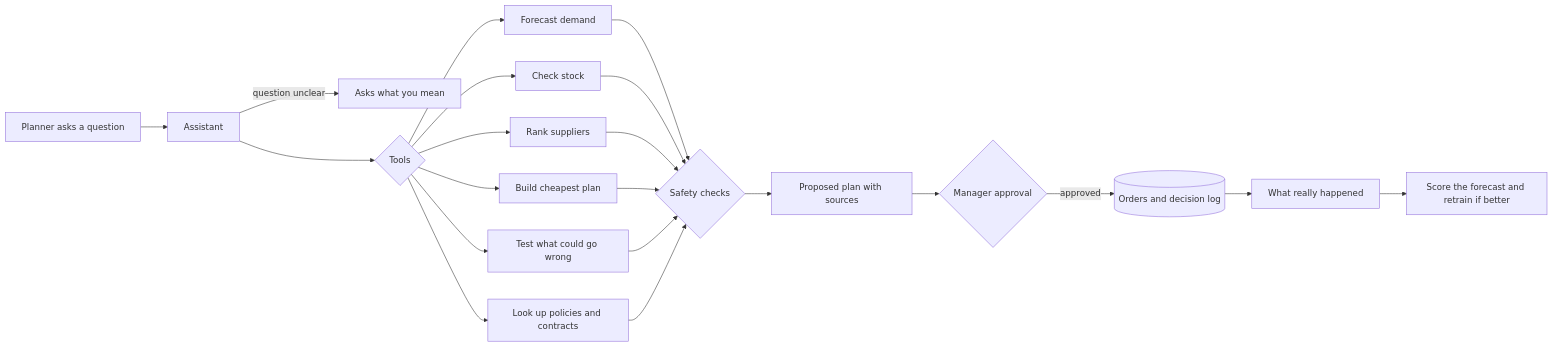
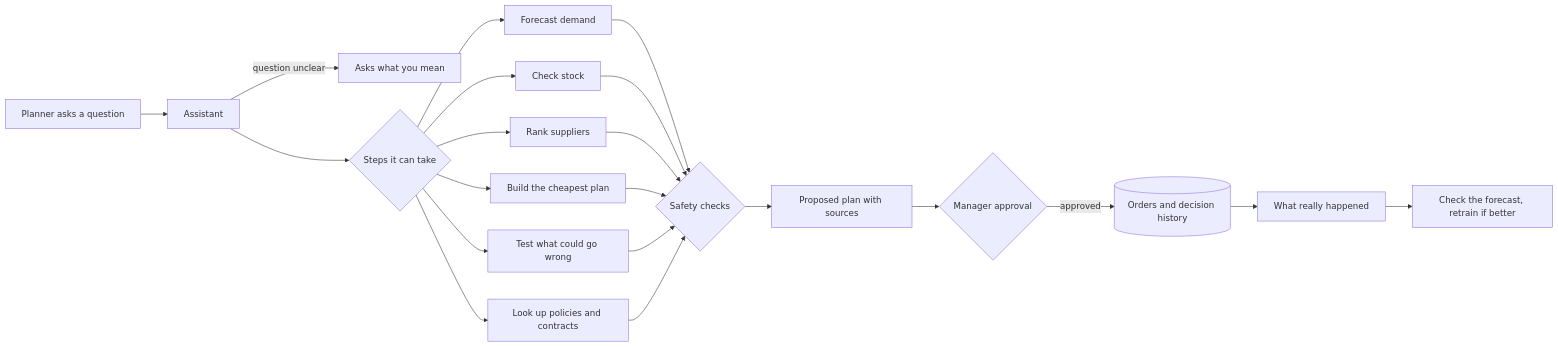
The diagram in README.md (khoahonguyen0210/AI_Supply_Chain), drawn with Mermaid before and after one commit. The commit also changed other lines of this file, not shown here.

````diff
--- a/README.md
+++ b/README.md
@@ -69,17 +92,17 @@
 ```mermaid
 flowchart LR
     Q[Planner asks a question] --> A[Assistant]
     A -->|question unclear| CL[Asks what you mean]
-    A --> T{Tools}
-    T --> FC[Forecast demand]
-    T --> IN[Check stock]
-    T --> SU[Rank suppliers]
-    T --> OP[Build cheapest plan]
-    T --> SC[Test what could go wrong]
-    T --> RG[Look up policies and contracts]
+    A --> S{Steps it can take}
+    S --> FC[Forecast demand]
+    S --> IN[Check stock]
+    S --> SU[Rank suppliers]
+    S --> OP[Build the cheapest plan]
+    S --> SC[Test what could go wrong]
+    S --> RG[Look up policies and contracts]
     FC & IN & SU & OP & SC & RG --> G{Safety checks}
     G --> R[Proposed plan with sources]
     R --> AP{Manager approval}
-    AP -->|approved| PO[(Orders and decision log)]
-    PO --> OUT[What really happened] --> EV[Score the forecast and retrain if better]
+    AP -->|approved| PO[(Orders and decision history)]
+    PO --> OUT[What really happened] --> EV[Check the forecast, retrain if better]
 ```
````
